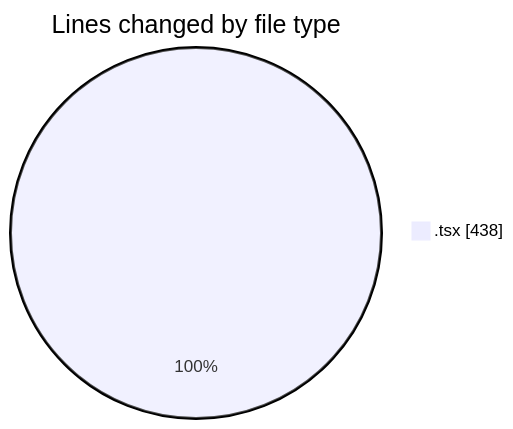
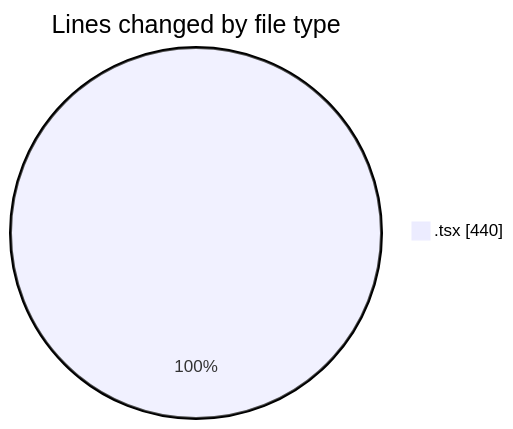
One commit to nxtqubesakshisongat/code-tracking changed the first of 2 diagrams in 2026-01-30/nxtqube_webapp/README.md. Above: the diagram before and after it, drawn with Mermaid. The commit also changed other lines of this file and 1 other file, not shown here.

````diff
--- a/2026-01-30/nxtqube_webapp/README.md
+++ b/2026-01-30/nxtqube_webapp/README.md
@@ -22,5 +22,5 @@
 ```mermaid
 pie showData
 title Lines changed by file type
-".tsx" : 438
+".tsx" : 440
 ```
````
